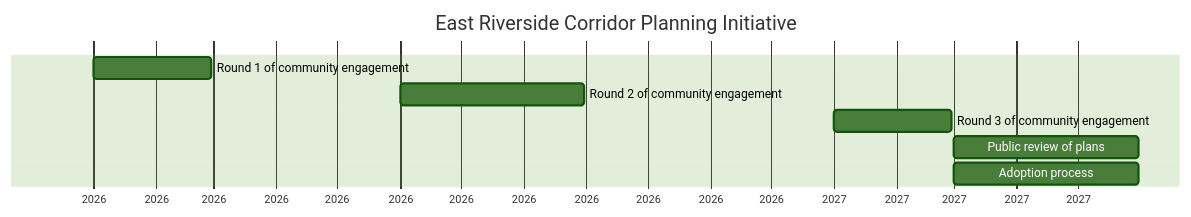
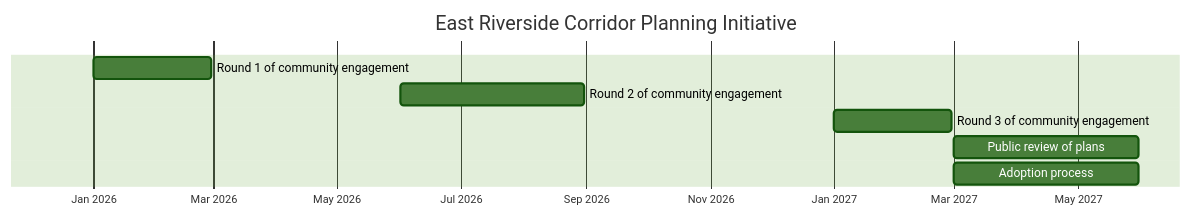
Diagram 15 of 32 in docs/projects.md (changesaroundme/calendars), drawn with Mermaid (forest theme) before and after one commit. The commit also changed other lines of this file and 3 other files, not shown here.

````diff
--- a/docs/projects.md
+++ b/docs/projects.md
@@ -322,11 +349,13 @@
 ```mermaid
 gantt
     title East Riverside Corridor Planning Initiative
     dateFormat YYYY-MM-DD
-    axisFormat %Y
+    axisFormat %b %Y
+    tickInterval 2month
+    todayMarker off
     Round 1 of community engagement :p1, 2026-01-01, 2026-02-28
     Round 2 of community engagement :p2, 2026-06-01, 2026-08-31
     Round 3 of community engagement :p3, 2027-01-01, 2027-02-28
     Public review of plans :p4, 2027-03-01, 2027-05-31
     Adoption process :p5, 2027-03-01, 2027-05-31
 ```
````
